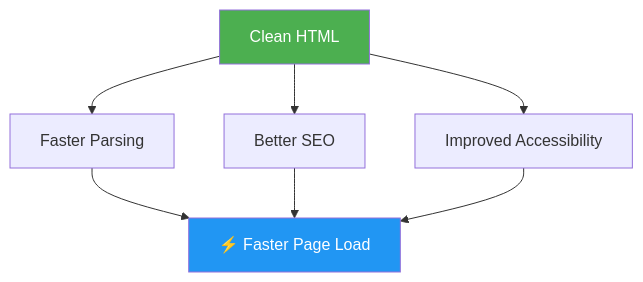
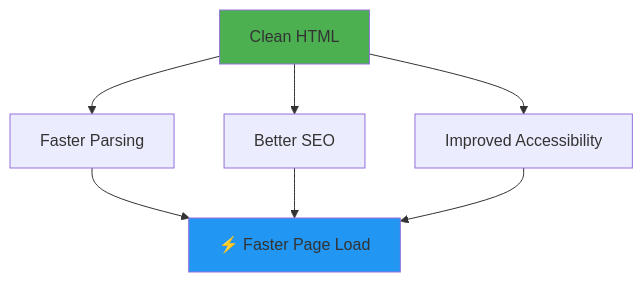
Diagram 18 of 35 in readme.md (Anuhyaaa/web-optimization), drawn with Mermaid before and after one commit. The commit also changed other lines of this file and 1 other file, not shown here.

Commit message:
Fix Mermaid diagram text visibility by removing invalid color:white syntax

````diff
--- a/readme.md
+++ b/readme.md
@@ -1287,12 +1287,12 @@
 ```mermaid
 graph TD
     A[Clean HTML] --> B[Faster Parsing]
     A --> C[Better SEO]
     A --> D[Improved Accessibility]
     B --> E[⚡ Faster Page Load]
     C --> E
     D --> E
     
-    style A fill:#4CAF50,color:white
-    style E fill:#2196F3,color:white
+    style A fill:#4CAF50
+    style E fill:#2196F3
 ```
````
